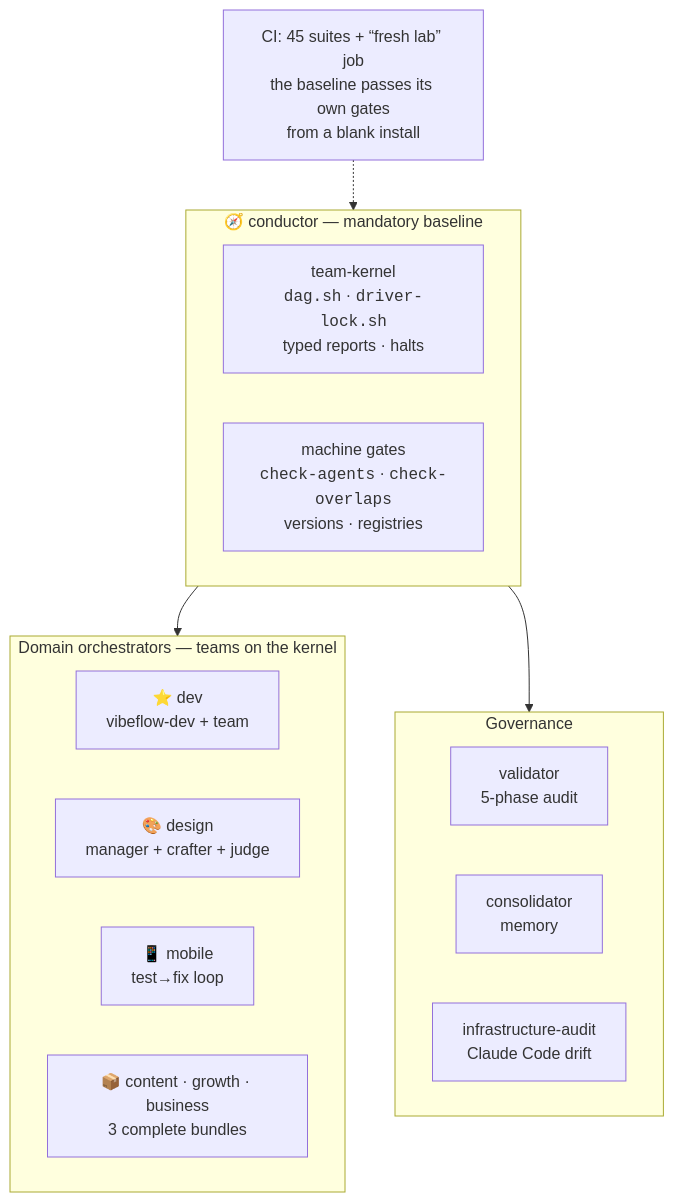
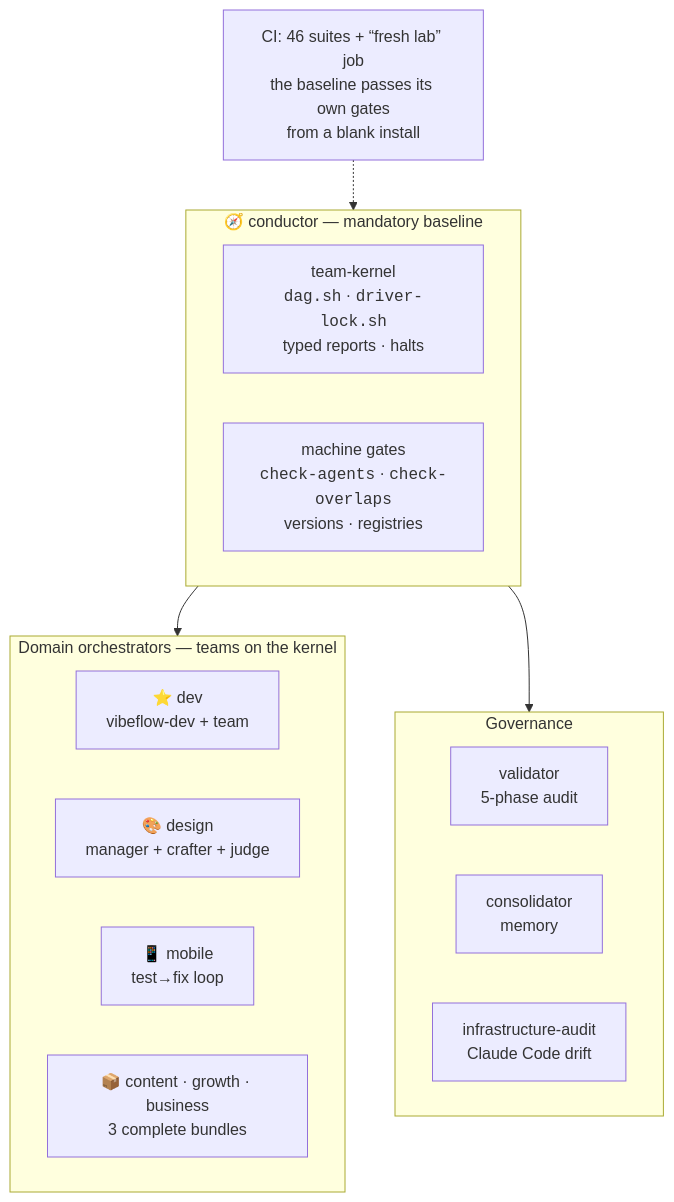
The fourth of 4 diagrams in README.md (picmakpro/vibeflow-os), drawn with Mermaid before and after one commit. The commit also changed other lines of this file and 13 other files, not shown here.

````diff
--- a/README.md
+++ b/README.md
@@ -146,21 +146,21 @@
 ```mermaid
 flowchart TD
     subgraph socle["🧭 conductor — mandatory baseline"]
         K["team-kernel<br/><code>dag.sh</code> · <code>driver-lock.sh</code><br/>typed reports · halts"]
         G["machine gates<br/><code>check-agents</code> · <code>check-overlaps</code><br/>versions · registries"]
     end
     subgraph orch["Domain orchestrators — teams on the kernel"]
         DEV["⭐ dev<br/>vibeflow-dev + team"]
         DES["🎨 design<br/>manager + crafter + judge"]
         MOB["📱 mobile<br/>test→fix loop"]
         BIZ["📦 content · growth · business<br/>3 complete bundles"]
     end
     subgraph gouv["Governance"]
         V["validator<br/>5-phase audit"]
         CO["consolidator<br/>memory"]
         IA["infrastructure-audit<br/>Claude Code drift"]
     end
     socle --> orch
     socle --> gouv
-    CI["CI: 45 suites + “fresh lab” job<br/>the baseline passes its own gates<br/>from a blank install"] -.-> socle
+    CI["CI: 46 suites + “fresh lab” job<br/>the baseline passes its own gates<br/>from a blank install"] -.-> socle
 ```
````
